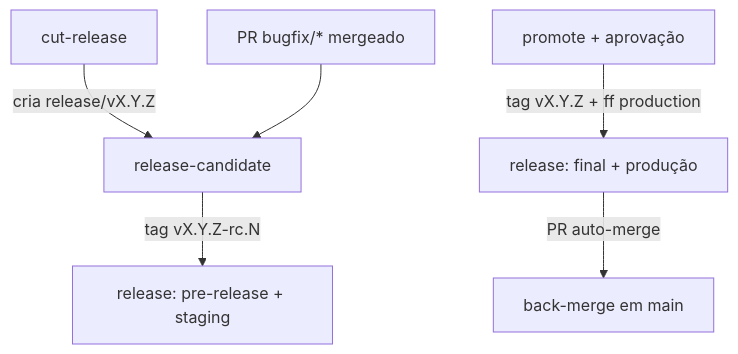
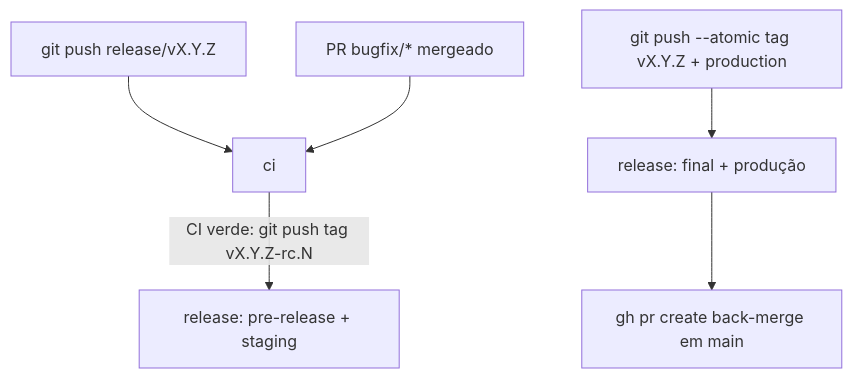
The diagram in GitFlow/05-automacao.md (uesleinasch/ConventionsCode), drawn with Mermaid before and after one commit. The commit also changed other lines of this file and 14 other files, not shown here.

First line of the commit message:
feat(gitflow)!: substitui bot de release por fluxo manual com git e gh (#2)

````diff
--- a/GitFlow/05-automacao.md
+++ b/GitFlow/05-automacao.md
@@ -17,8 +14,8 @@
 ```mermaid
 flowchart TD
-    A[cut-release] -->|cria release/vX.Y.Z| B[release-candidate]
-    B -->|tag vX.Y.Z-rc.N| C[release: pre-release + staging]
+    A[git push release/vX.Y.Z] --> B[ci]
     D[PR bugfix/* mergeado] --> B
-    E[promote + aprovação] -->|tag vX.Y.Z + ff production| F[release: final + produção]
-    F -->|PR auto-merge| G[back-merge em main]
+    B -->|CI verde: git push tag vX.Y.Z-rc.N| C[release: pre-release + staging]
+    E[git push --atomic tag vX.Y.Z + production] --> F[release: final + produção]
+    F --> G[gh pr create back-merge em main]
 ```
````
